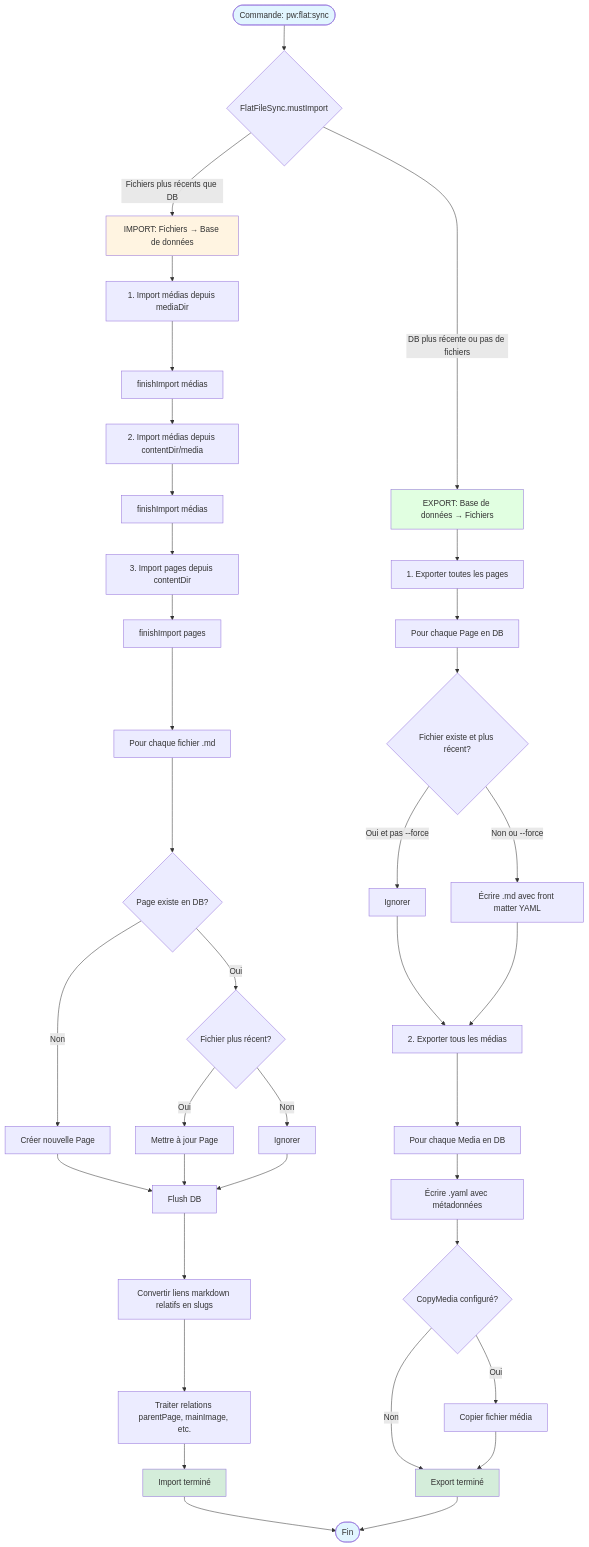
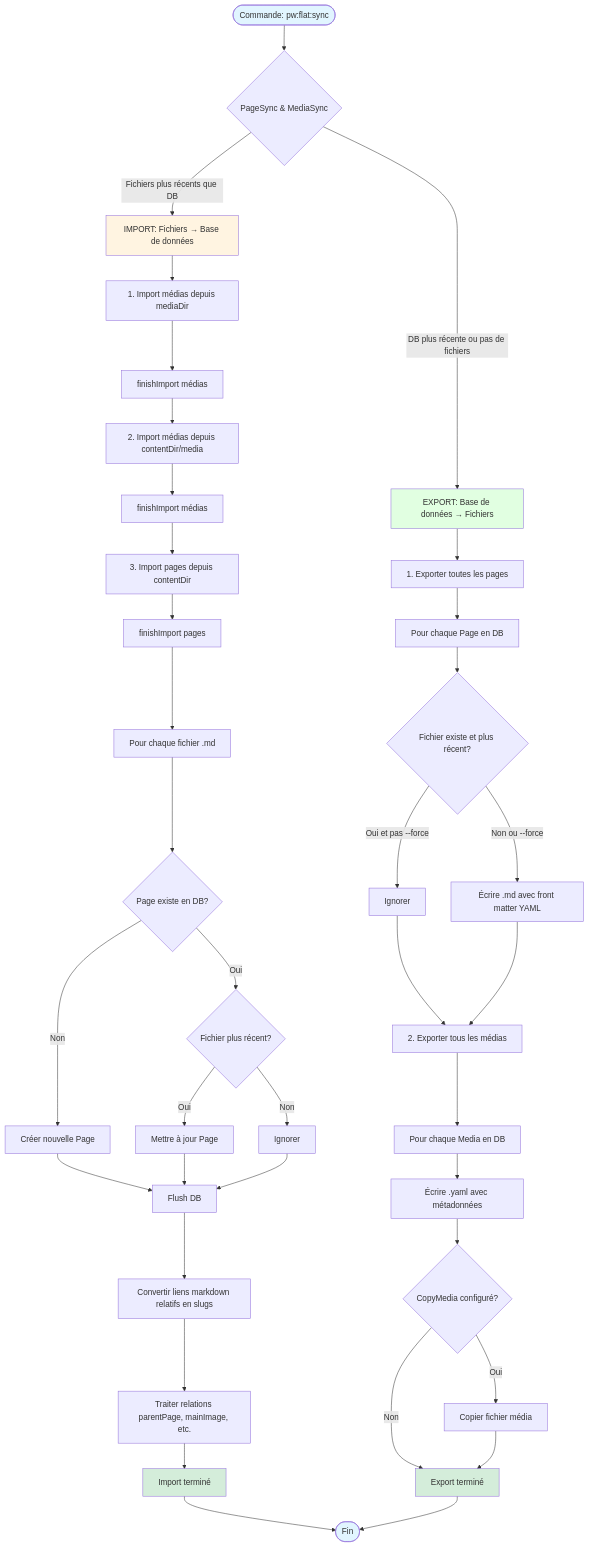
The diagram in packages/flat/README.md (Pushword/Pushword), drawn with Mermaid before and after one commit. The commit also changed other lines of this file and 40 other files, not shown here.

````diff
--- a/packages/flat/README.md
+++ b/packages/flat/README.md
@@ -38,54 +38,54 @@
 ```mermaid
 flowchart TD
-    Start([Commande: pw:flat:sync]) --> Check{FlatFileSync.mustImport}
+    Start([Commande: pw:flat:sync]) --> Check{PageSync & MediaSync}
 
     Check -->|Fichiers plus récents que DB| Import[IMPORT: Fichiers → Base de données]
     Check -->|DB plus récente ou pas de fichiers| Export[EXPORT: Base de données → Fichiers]
 
     %% BRANCHE IMPORT
     Import --> ImportMedia1[1. Import médias depuis mediaDir]
     ImportMedia1 --> ImportMedia1Finish[finishImport médias]
     ImportMedia1Finish --> ImportMedia2[2. Import médias depuis contentDir/media]
     ImportMedia2 --> ImportMedia2Finish[finishImport médias]
     ImportMedia2Finish --> ImportPages[3. Import pages depuis contentDir]
     ImportPages --> ImportPagesFinish[finishImport pages]
 
     ImportPagesFinish --> ImportProcess[Pour chaque fichier .md]
     ImportProcess --> ImportCheck{Page existe en DB?}
     ImportCheck -->|Non| ImportCreate[Créer nouvelle Page]
     ImportCheck -->|Oui| ImportCompare{Fichier plus récent?}
     ImportCompare -->|Oui| ImportUpdate[Mettre à jour Page]
     ImportCompare -->|Non| ImportSkip[Ignorer]
     ImportCreate --> ImportFlush[Flush DB]
     ImportUpdate --> ImportFlush
     ImportSkip --> ImportFlush
     ImportFlush --> ImportLinks[Convertir liens markdown relatifs en slugs]
     ImportLinks --> ImportRelations[Traiter relations parentPage, mainImage, etc.]
     ImportRelations --> ImportEnd[Import terminé]
 
     %% BRANCHE EXPORT
     Export --> ExportPages[1. Exporter toutes les pages]
     ExportPages --> ExportPageLoop[Pour chaque Page en DB]
     ExportPageLoop --> ExportPageCheck{Fichier existe et plus récent?}
     ExportPageCheck -->|Oui et pas --force| ExportPageSkip[Ignorer]
     ExportPageCheck -->|Non ou --force| ExportPageWrite[Écrire .md avec front matter YAML]
     ExportPageSkip --> ExportMedias
     ExportPageWrite --> ExportMedias[2. Exporter tous les médias]
 
     ExportMedias --> ExportMediaLoop[Pour chaque Media en DB]
     ExportMediaLoop --> ExportMediaYaml[Écrire .yaml avec métadonnées]
     ExportMediaYaml --> ExportMediaCopy{CopyMedia configuré?}
     ExportMediaCopy -->|Oui| ExportMediaCopyFile[Copier fichier média]
     ExportMediaCopy -->|Non| ExportEnd
     ExportMediaCopyFile --> ExportEnd[Export terminé]
 
     ImportEnd --> End([Fin])
     ExportEnd --> End
 
     style Start fill:#e1f5ff
     style Import fill:#fff4e1
     style Export fill:#e1ffe1
     style ImportEnd fill:#d4edda
     style ExportEnd fill:#d4edda
     style End fill:#e1f5ff
 ```
````
